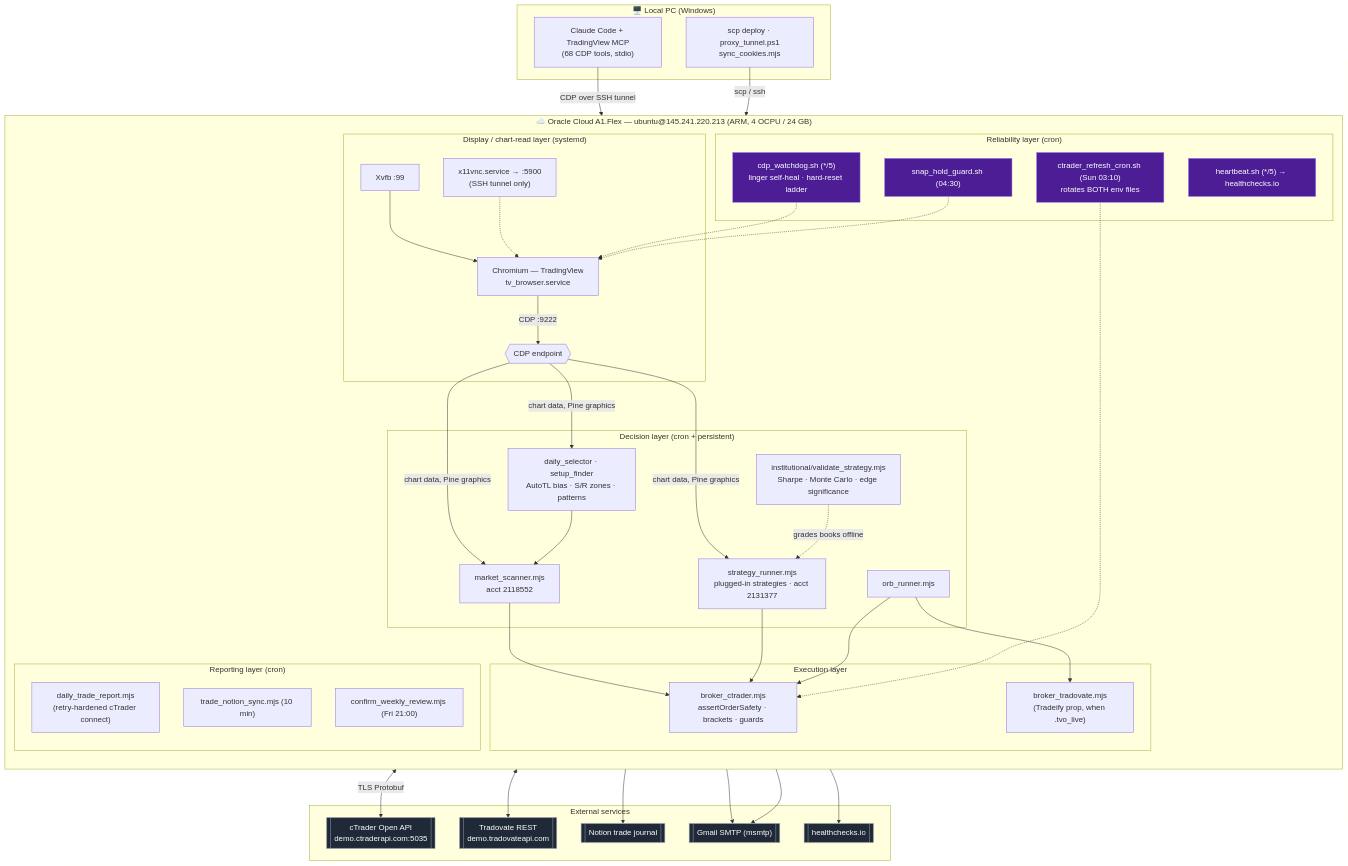
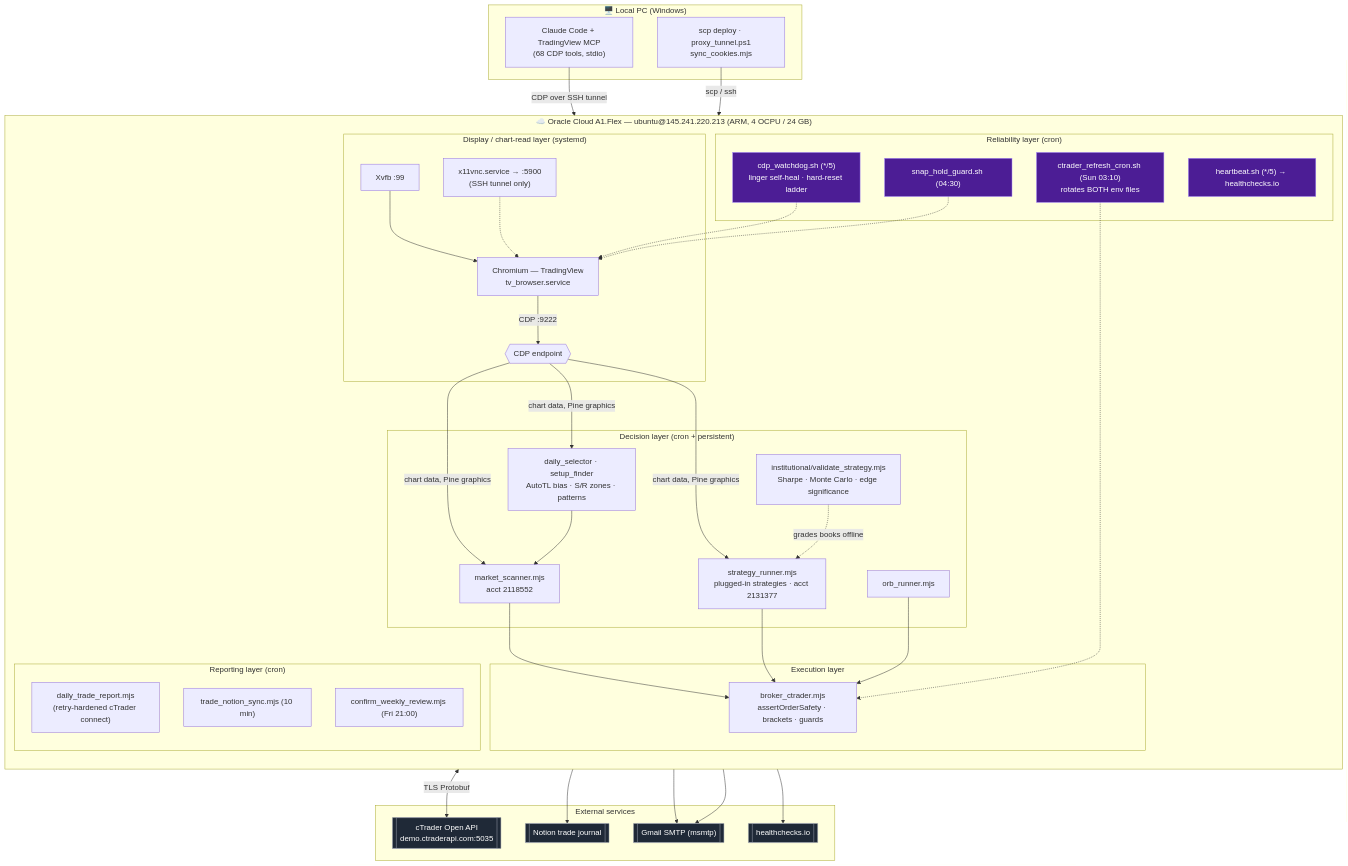
One commit to ToluAbolude/tradingview-autopilot changed the diagram in TRADING_SYSTEM.md. Above: the diagram before and after it, drawn with Mermaid. The commit also changed other lines of this file and 17 other files, not shown here.

First line of the commit message:
refactor: remove outdated test for tradovate_entry and clean up orb_runner and prop_sim scripts

````diff
--- a/TRADING_SYSTEM.md
+++ b/TRADING_SYSTEM.md
@@ -222,74 +221,70 @@
 ```mermaid
 flowchart TB
   subgraph LOCAL["🖥️ Local PC (Windows)"]
     CC["Claude Code + TradingView MCP<br/>(68 CDP tools, stdio)"]
     DEPLOY["scp deploy · proxy_tunnel.ps1<br/>sync_cookies.mjs"]
   end
 
   subgraph VM["☁️ Oracle Cloud A1.Flex — ubuntu@145.241.220.213 (ARM, 4 OCPU / 24 GB)"]
     direction TB
 
     subgraph DISPLAY["Display / chart-read layer (systemd)"]
       XVFB["Xvfb :99"] --> CHROME["Chromium — TradingView<br/>tv_browser.service"]
       CHROME -->|"CDP :9222"| CDP{{"CDP endpoint"}}
       VNC["x11vnc.service → :5900<br/>(SSH tunnel only)"] -.-> CHROME
     end
 
     subgraph DECIDE["Decision layer (cron + persistent)"]
       SCAN["market_scanner.mjs<br/>acct 2118552"]
       CONFIRM["strategy_runner.mjs<br/>plugged-in strategies · acct 2131377"]
       SELECT["daily_selector · setup_finder<br/>AutoTL bias · S/R zones · patterns"]
       ORB["orb_runner.mjs"]
       VALID["institutional/validate_strategy.mjs<br/>Sharpe · Monte Carlo · edge significance"]
     end
 
     subgraph EXEC["Execution layer"]
       BROKER["broker_ctrader.mjs<br/>assertOrderSafety · brackets · guards"]
-      TVO["broker_tradovate.mjs<br/>(Tradeify prop, when .tvo_live)"]
     end
 
     subgraph RELY["Reliability layer (cron)"]
       WD["cdp_watchdog.sh (*/5)<br/>linger self-heal · hard-reset ladder"]
       SNAP["snap_hold_guard.sh (04:30)"]
       HB["heartbeat.sh (*/5) → healthchecks.io"]
       TOK["ctrader_refresh_cron.sh (Sun 03:10)<br/>rotates BOTH env files"]
     end
 
     subgraph REPORT["Reporting layer (cron)"]
       EOD["daily_trade_report.mjs<br/>(retry-hardened cTrader connect)"]
       NOTION["trade_notion_sync.mjs (10 min)"]
       WEEKLY["confirm_weekly_review.mjs (Fri 21:00)"]
     end
 
     CDP -->|"chart data, Pine graphics"| SCAN & CONFIRM & SELECT
     SELECT --> SCAN
     SCAN & CONFIRM & ORB --> BROKER
-    ORB --> TVO
     VALID -. "grades books offline" .-> CONFIRM
     WD -.-> CHROME
     SNAP -.-> CHROME
     TOK -.-> BROKER
   end
 
   subgraph EXT["External services"]
     CTAPI[["cTrader Open API<br/>demo.ctraderapi.com:5035"]]
-    TVOAPI[["Tradovate REST<br/>demo.tradovateapi.com"]]
     NOTIONDB[["Notion trade journal"]]
     SMTP[["Gmail SMTP (msmtp)"]]
     HC[["healthchecks.io"]]
   end
 
   CC -->|"CDP over SSH tunnel"| CDP
   DEPLOY -->|"scp / ssh"| VM
   BROKER <-->|"TLS Protobuf"| CTAPI
-  TVO <--> TVOAPI
   NOTION --> NOTIONDB
   EOD --> SMTP
   WEEKLY --> SMTP
   HB --> HC
 
   classDef ext fill:#1f2937,stroke:#9ca3af,color:#fff;
   classDef reliability fill:#4c1d95,stroke:#a78bfa,color:#fff;
-  class CTAPI,TVOAPI,NOTIONDB,SMTP,HC ext;
+  class CTAPI,NOTIONDB,SMTP,HC ext;
   class WD,SNAP,HB,TOK reliability;
 ```
````
